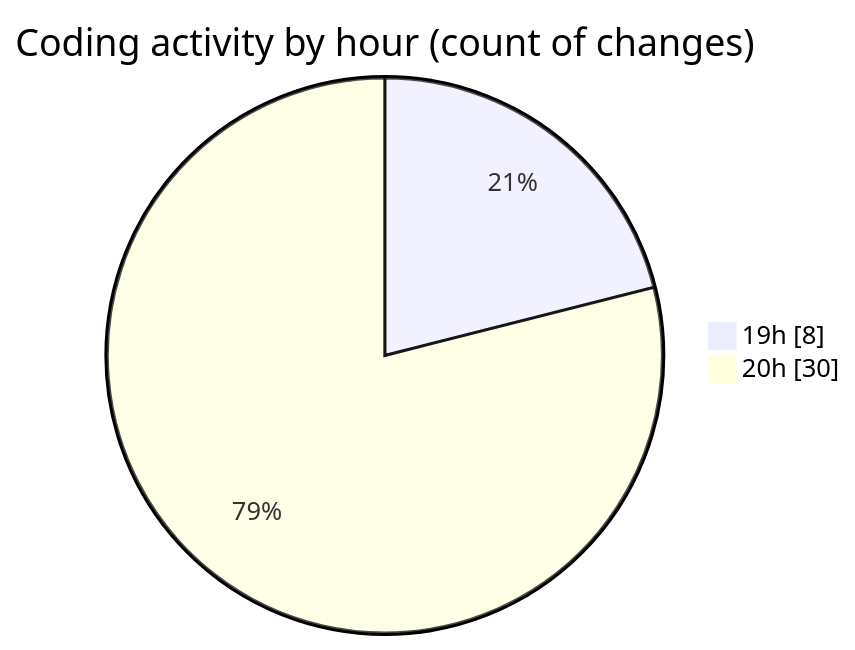
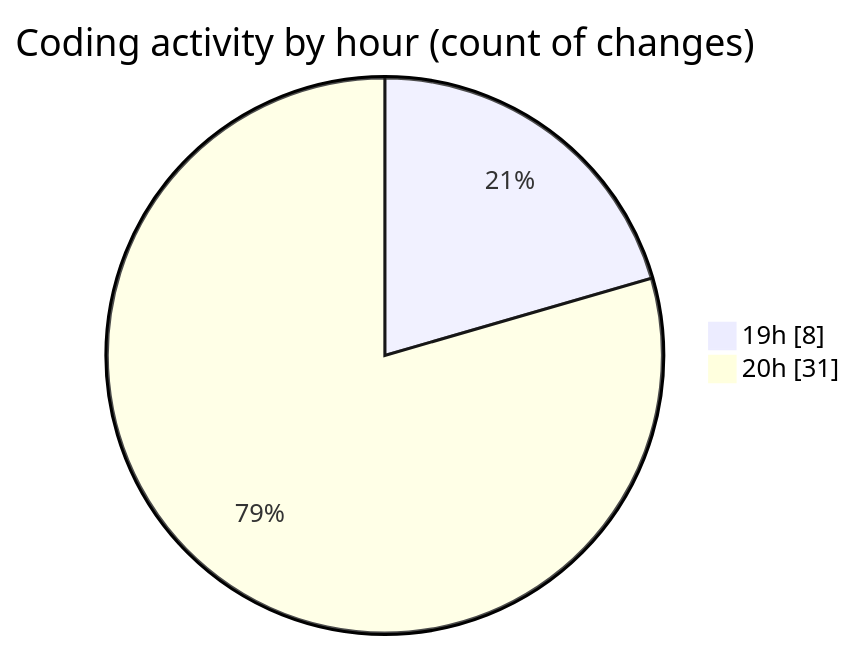
One commit to Elitesun/code-tracking changed the second of 2 diagrams in 2025-05-27/ecom_store/README.md. Above: the diagram before and after it, drawn with Mermaid. The commit also changed other lines of this file and 1 other file, not shown here.

````diff
--- a/2025-05-27/ecom_store/README.md
+++ b/2025-05-27/ecom_store/README.md
@@ -44,6 +44,6 @@
 ```mermaid
 pie showData
 title Coding activity by hour (count of changes)
 "19h" : 8
-"20h" : 30
+"20h" : 31
 ```
````
